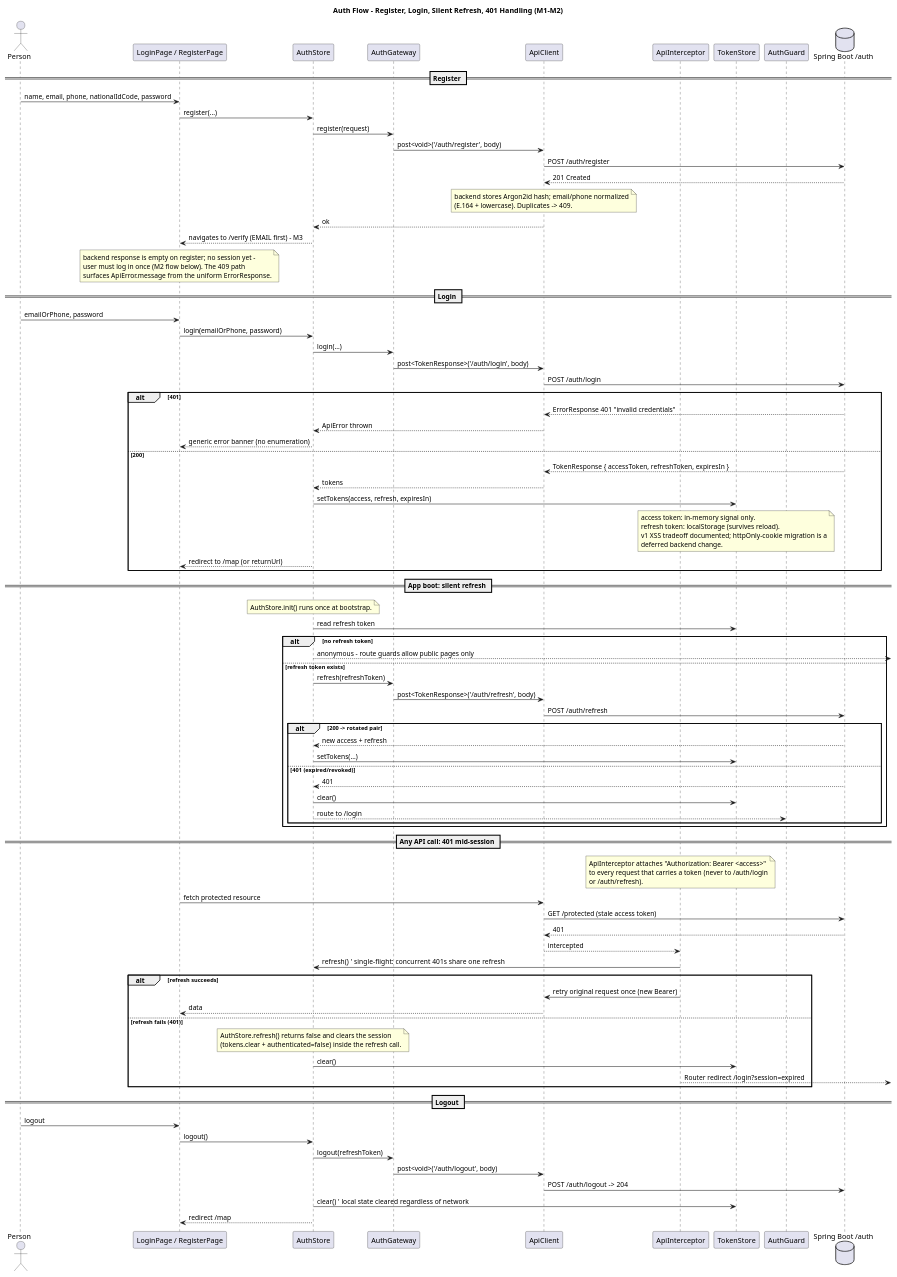
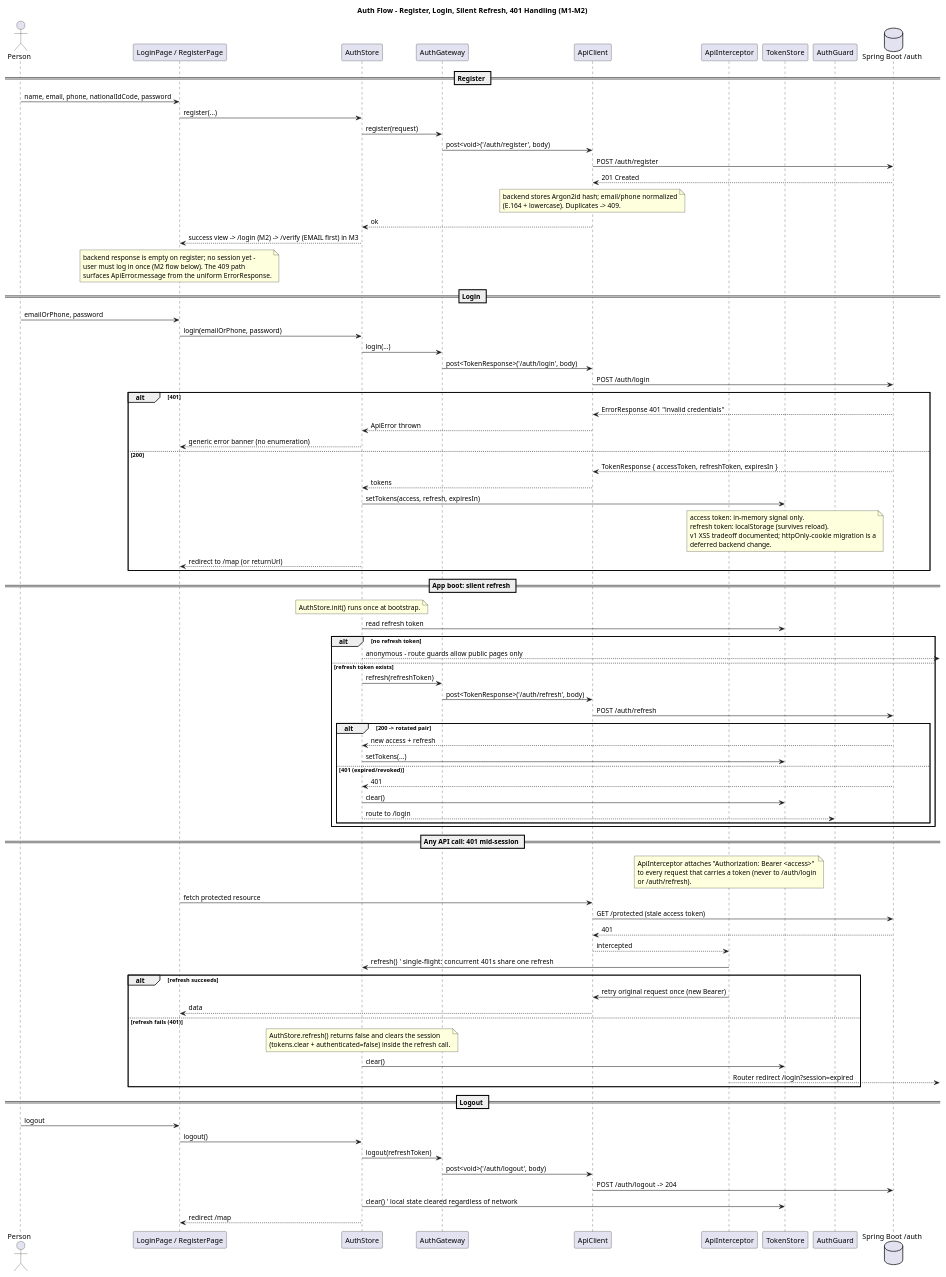
Before and after one commit to Bro223/OpenShelter: the diagram in frontend/docs/02-auth-flow.puml, drawn with PlantUML. The commit also changed 39 other files, not shown here.

```diff
--- a/frontend/docs/02-auth-flow.puml
+++ b/frontend/docs/02-auth-flow.puml
@@ -1,109 +1,109 @@
 @startuml
 title Auth Flow - Register, Login, Silent Refresh, 401 Handling (M1-M2)
 
 actor Person
 
 participant "LoginPage / RegisterPage" as PG
 participant "AuthStore" as AS
 participant "AuthGateway" as AG
 participant "ApiClient" as AC
 participant "ApiInterceptor" as AI
 participant "TokenStore" as TS
 participant "AuthGuard" as G
 database "Spring Boot /auth" as API
 
 == Register ==
 Person -> PG : name, email, phone, nationalIdCode, password
 PG -> AS : register(...)
 AS -> AG : register(request)
 AG -> AC : post<void>('/auth/register', body)
 AC -> API : POST /auth/register
 API --> AC : 201 Created
 note over AC
   backend stores Argon2id hash; email/phone normalized
   (E.164 + lowercase). Duplicates -> 409.
 end note
 AC --> AS : ok
-AS --> PG : navigates to /verify (EMAIL first) - M3
+AS --> PG : success view -> /login (M2) -> /verify (EMAIL first) in M3
 note over PG
   backend response is empty on register; no session yet -
   user must log in once (M2 flow below). The 409 path
   surfaces ApiError.message from the uniform ErrorResponse.
 end note
 
 == Login ==
 Person -> PG : emailOrPhone, password
 PG -> AS : login(emailOrPhone, password)
 AS -> AG : login(...)
 AG -> AC : post<TokenResponse>('/auth/login', body)
 AC -> API : POST /auth/login
 alt 401
   API --> AC : ErrorResponse 401 "invalid credentials"
   AC --> AS : ApiError thrown
   AS --> PG : generic error banner (no enumeration)
 else 200
   API --> AC : TokenResponse { accessToken, refreshToken, expiresIn }
   AC --> AS : tokens
   AS -> TS : setTokens(access, refresh, expiresIn)
   note over TS
     access token: in-memory signal only.
     refresh token: localStorage (survives reload).
     v1 XSS tradeoff documented; httpOnly-cookie migration is a
     deferred backend change.
   end note
   AS --> PG : redirect to /map (or returnUrl)
 end
 
 == App boot: silent refresh ==
 note over AS
   AuthStore.init() runs once at bootstrap.
 end note
 AS -> TS : read refresh token
 alt no refresh token
   AS --> : anonymous - route guards allow public pages only
 else refresh token exists
   AS -> AG : refresh(refreshToken)
   AG -> AC : post<TokenResponse>('/auth/refresh', body)
   AC -> API : POST /auth/refresh
   alt 200 -> rotated pair
     API --> AS : new access + refresh
     AS -> TS : setTokens(...)
   else 401 (expired/revoked)
     API --> AS : 401
     AS -> TS : clear()
     AS --> G : route to /login
   end
 end
 
 == Any API call: 401 mid-session ==
 note over AI
   ApiInterceptor attaches "Authorization: Bearer <access>"
   to every request that carries a token (never to /auth/login
   or /auth/refresh).
 end note
 PG -> AC : fetch protected resource
 AC -> API : GET /protected (stale access token)
 API --> AC : 401
 AC --> AI : intercepted
 AI -> AS : refresh()   ' single-flight: concurrent 401s share one refresh
 alt refresh succeeds
   AI -> AC : retry original request once (new Bearer)
   AC --> PG : data
 else refresh fails (401)
   note over AS
     AuthStore.refresh() returns false and clears the session
     (tokens.clear + authenticated=false) inside the refresh call.
   end note
   AS -> TS : clear()
   AI --> : Router redirect /login?session=expired
 end
 
 == Logout ==
 Person -> PG : logout
 PG -> AS : logout()
 AS -> AG : logout(refreshToken)
 AG -> AC : post<void>('/auth/logout', body)
 AC -> API : POST /auth/logout  -> 204
 AS -> TS : clear()  ' local state cleared regardless of network
 AS --> PG : redirect /map
 @enduml
```
